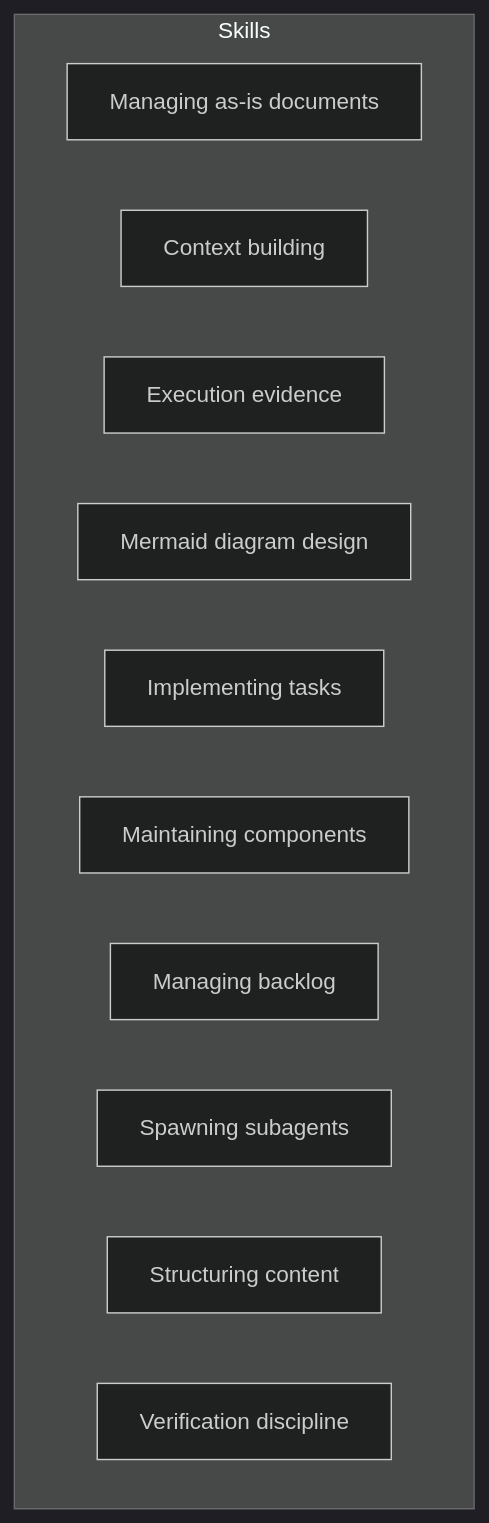
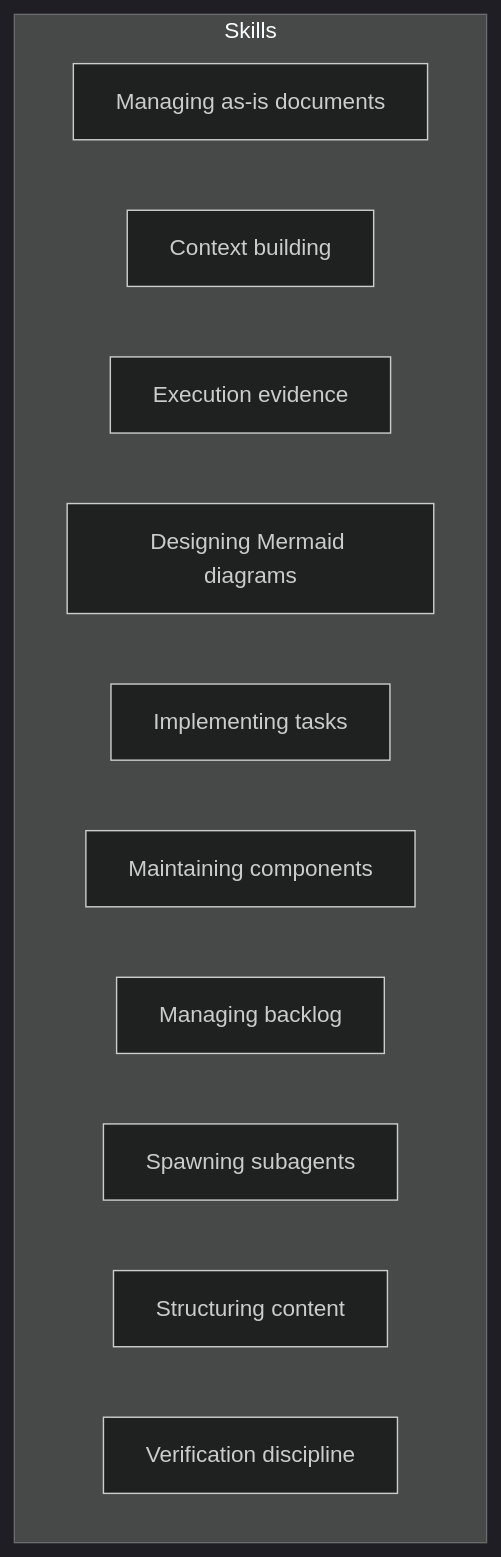
One commit to abstract-business-systems/as-is changed the diagram in skills/as-is.md. Above: the diagram before and after it, drawn with Mermaid (dark theme). The commit also changed other lines of this file and 12 other files, not shown here.

Commit message:
docs(skills): rename Mermaid diagram design skill

````diff
--- a/skills/as-is.md
+++ b/skills/as-is.md
@@ -28,28 +28,28 @@
 ```mermaid
 %%{init: {"securityLevel": "loose"}}%%
 flowchart TD
     subgraph Skills["Skills"]
         ManagingAsIs["Managing as-is documents"]
         ContextBuilding["Context building"]
         ExecutionEvidence["Execution evidence"]
-        MermaidDesign["Mermaid diagram design"]
+        MermaidDesign["Designing Mermaid diagrams"]
         ImplementingTasks["Implementing tasks"]
         MaintainingComponents["Maintaining components"]
         ManagingBacklog["Managing backlog"]
         SpawningSubagents["Spawning subagents"]
             StructuringContent["Structuring content"]
         Verification["Verification discipline"]
     end
 
     click Skills href "./as-is.md#design" "Open Skills design"
     click ManagingAsIs href "./managing-as-is-document/as-is.md#design" "Open managing as-is documents design"
     click ContextBuilding href "./context-building/as-is.md#design" "Open context building design"
     click ExecutionEvidence href "./exploring-execution-evidence/as-is.md#design" "Open execution evidence design"
-    click MermaidDesign href "./mermaid-diagram-design/as-is.md#design" "Open Mermaid diagram design"
+    click MermaidDesign href "./designing-mermaid-diagrams/as-is.md#design" "Open Designing Mermaid diagrams"
     click ImplementingTasks href "./implementing-component-tasks/as-is.md#design" "Open implementing tasks design"
     click MaintainingComponents href "./maintaining-components/as-is.md#design" "Open maintaining components design"
     click ManagingBacklog href "./managing-backlog/as-is.md#design" "Open managing backlog design"
     click SpawningSubagents href "./spawning-pi-subagents/as-is.md#design" "Open spawning subagents design"
     click StructuringContent href "./structuring-content/as-is.md#design" "Open structuring content design"
     click Verification href "./verification-discipline/as-is.md#design" "Open verification discipline design"
 ```
````
